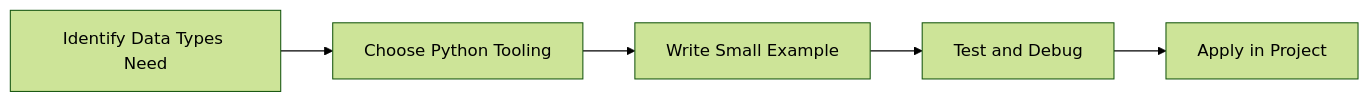
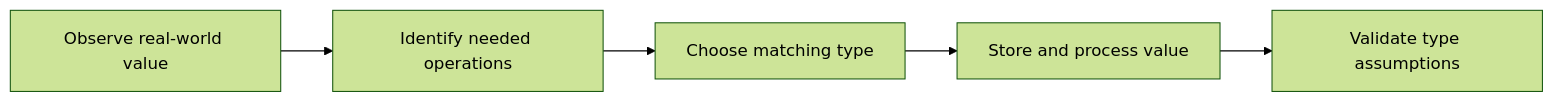
One commit to SYMOIZ/E-Learning-Portal changed the diagram in Python-Mastery/Beginner/06-data-types.md. Above: the diagram before and after it, drawn with Mermaid (forest theme). The commit also changed other lines of this file and 116 other files, not shown here.

````diff
--- a/Python-Mastery/Beginner/06-data-types.md
+++ b/Python-Mastery/Beginner/06-data-types.md
@@ -127,7 +132,12 @@
 ```mermaid
 flowchart LR
-    A[Identify Data Types Need] --> B[Choose Python Tooling]
-    B --> C[Write Small Example]
-    C --> D[Test and Debug]
-    D --> E[Apply in Project]
+    A[Observe real-world value]
+    B[Identify needed operations]
+    C[Choose matching type]
+    D[Store and process value]
+    E[Validate type assumptions]
+    A --> B
+    B --> C
+    C --> D
+    D --> E
 ```
````
